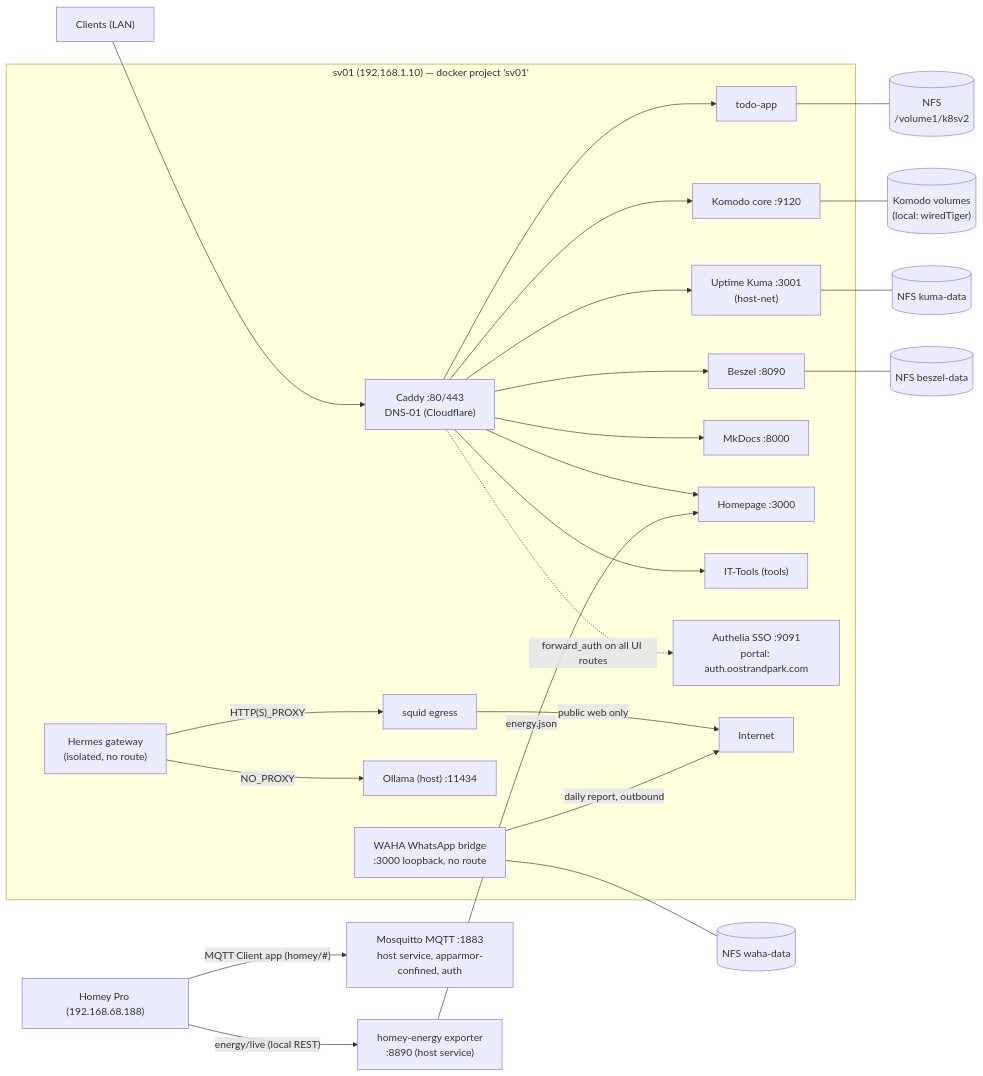
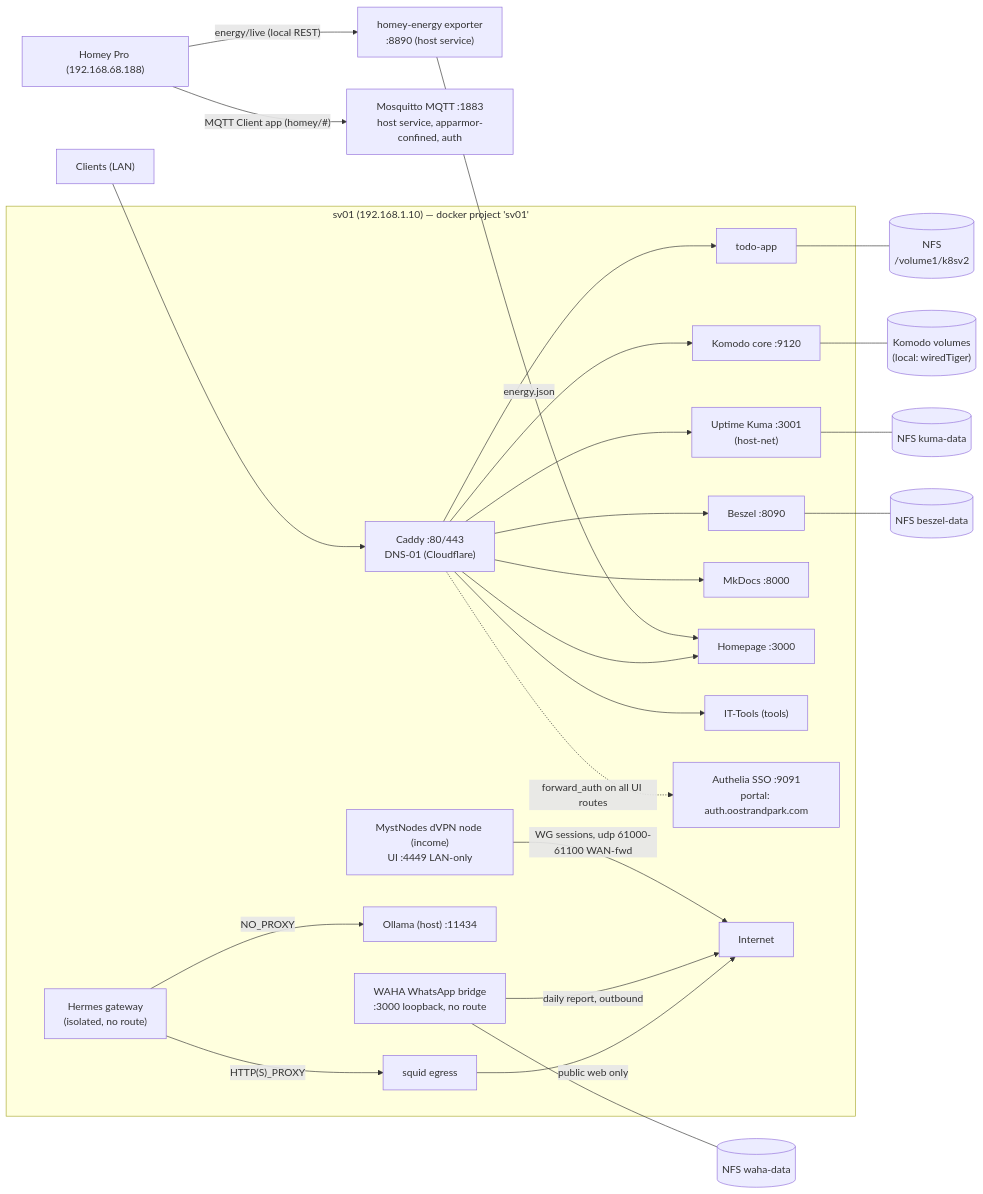
One commit to RKruit/k3s-gitops changed the diagram in docs/index.md. Above: the diagram before and after it, drawn with Mermaid. The commit also changed other lines of this file and 5 other files, not shown here.

````diff
--- a/docs/index.md
+++ b/docs/index.md
@@ -30,27 +30,28 @@
 ```mermaid
 flowchart LR
     user["Clients (LAN)"] --> caddy
     subgraph sv01["sv01 (192.168.1.10) — docker project 'sv01'"]
         caddy["Caddy :80/443<br>DNS-01 (Cloudflare)"] --> todo["todo-app"]
         caddy --> komodo["Komodo core :9120"]
         caddy --> kuma["Uptime Kuma :3001<br>(host-net)"]
         caddy --> beszel["Beszel :8090"]
         caddy --> docs_site["MkDocs :8000"]
         caddy --> homepage["Homepage :3000"]
         caddy --> ittools["IT-Tools (tools)"]
         caddy -. "forward_auth on all UI routes" .-> authelia["Authelia SSO :9091<br>portal: auth.oostrandpark.com"]
         hermes["Hermes gateway<br>(isolated, no route)"] -- "HTTP(S)_PROXY" --> squid["squid egress"]
         squid -- "public web only" --> net["Internet"]
         hermes -- "NO_PROXY" --> ollama["Ollama (host) :11434"]
         waha["WAHA WhatsApp bridge<br>:3000 loopback, no route"] -- "daily report, outbound" --> net
+        myst["MystNodes dVPN node (income)<br>UI :4449 LAN-only"] -- "WG sessions, udp 61000-61100 WAN-fwd" --> net
     end
     mosq["Mosquitto MQTT :1883<br>host service, apparmor-confined, auth"]
     homey["Homey Pro (192.168.68.188)"] -- "MQTT Client app (homey/#)" --> mosq
     homey -- "energy/live (local REST)" --> exp["homey-energy exporter<br>:8890 (host service)"]
     exp -- "energy.json" --> homepage
     todo --- v1[("NFS<br>/volume1/k8sv2")]
     komodo --- v2[("Komodo volumes<br>(local: wiredTiger)")]
     kuma --- v3[("NFS kuma-data")]
     beszel --- v4[("NFS beszel-data")]
     waha --- v5[("NFS waha-data")]
 ```
````
